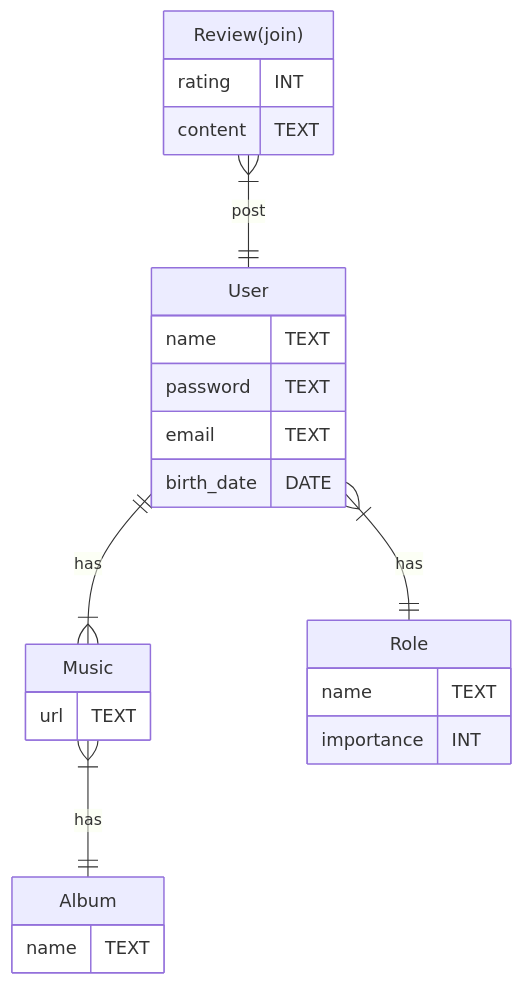
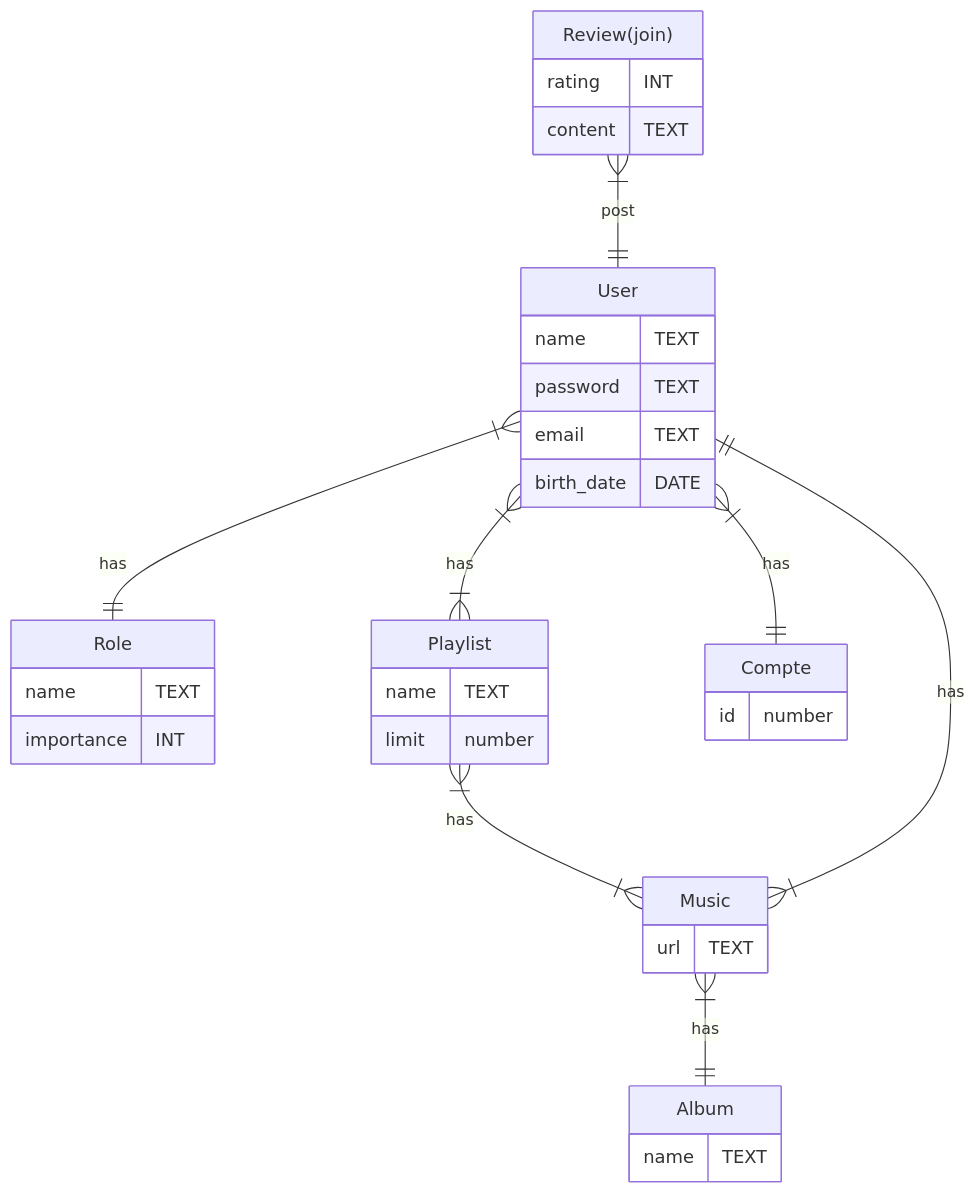
Before and after one commit to ThomasMoire/Spoutoufy: the diagram in README.md, drawn with Mermaid.

````diff
--- a/README.md
+++ b/README.md
@@ -23,34 +23,41 @@
 ```mermaid
 erDiagram
     Album{
         name TEXT
     }
     Review["Review(join)"]{
         rating INT
         content TEXT
     }
     
     User{
         name TEXT
         password TEXT
         email TEXT
         birth_date DATE
     }
     Music{
         url TEXT
     }
     Role{
         name TEXT
         importance INT
     }
-    
-   
+    Playlist{
+        name TEXT
+        limit number
+    }
+    Compte{
+        id number
+    }   
 
     Music }|--|| Album : has
 
     
     Review }|--|| User : post
-
+    Playlist }|--}| Music : has
+    User }|--}| Playlist : has
     User ||--|{ Music : has
     User }|--|| Role : has
+    User }|--|| Compte : has
 ```
````
